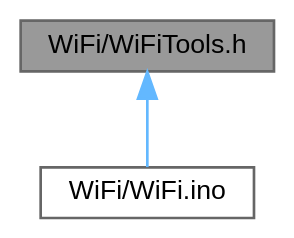
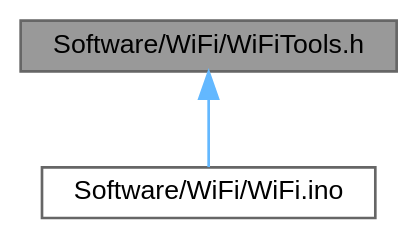
Before and after one commit to Jonathan-0101/skeletonKey: the diagram in WiFi_2WiFiTools_8h__dep__incl.dot, drawn with Graphviz. The commit also changed 57 other files, not shown here.

```diff
--- a/WiFi_2WiFiTools_8h__dep__incl.dot
+++ b/WiFi_2WiFiTools_8h__dep__incl.dot
@@ -1,10 +1,10 @@
-digraph "WiFi/WiFiTools.h"
+digraph "Software/WiFi/WiFiTools.h"
 {
  // LATEX_PDF_SIZE
   bgcolor="transparent";
   edge [fontname=Helvetica,fontsize=10,labelfontname=Helvetica,labelfontsize=10];
   node [fontname=Helvetica,fontsize=10,shape=box,height=0.2,width=0.4];
-  Node1 [id="Node000001",label="WiFi/WiFiTools.h",height=0.2,width=0.4,color="gray40", fillcolor="grey60", style="filled", fontcolor="black",tooltip="Library for Wi-Fi attack tools."];
+  Node1 [id="Node000001",label="Software/WiFi/WiFiTools.h",height=0.2,width=0.4,color="gray40", fillcolor="grey60", style="filled", fontcolor="black",tooltip="Library for Wi-Fi attack tools."];
   Node1 -> Node2 [id="edge1_Node000001_Node000002",dir="back",color="steelblue1",style="solid",tooltip=" "];
-  Node2 [id="Node000002",label="WiFi/WiFi.ino",height=0.2,width=0.4,color="grey40", fillcolor="white", style="filled",URL="$WiFi_8ino.html",tooltip="Test program for Wi-Fi attack tools."];
+  Node2 [id="Node000002",label="Software/WiFi/WiFi.ino",height=0.2,width=0.4,color="grey40", fillcolor="white", style="filled",URL="$WiFi_8ino.html",tooltip="Test program for Wi-Fi attack tools."];
 }
```
